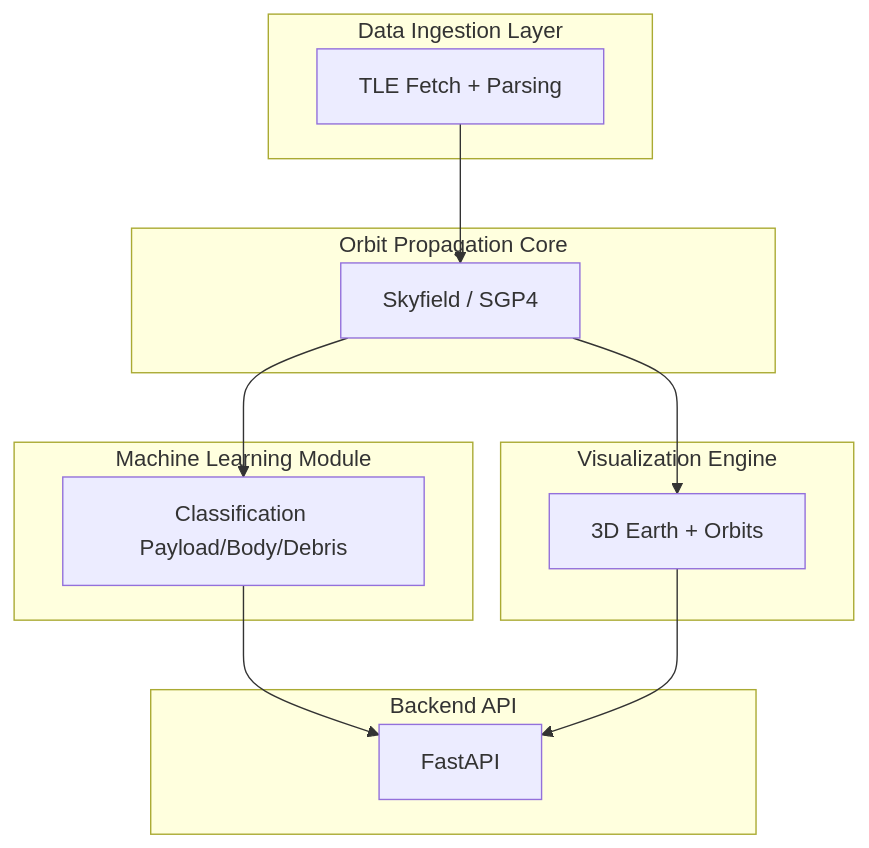
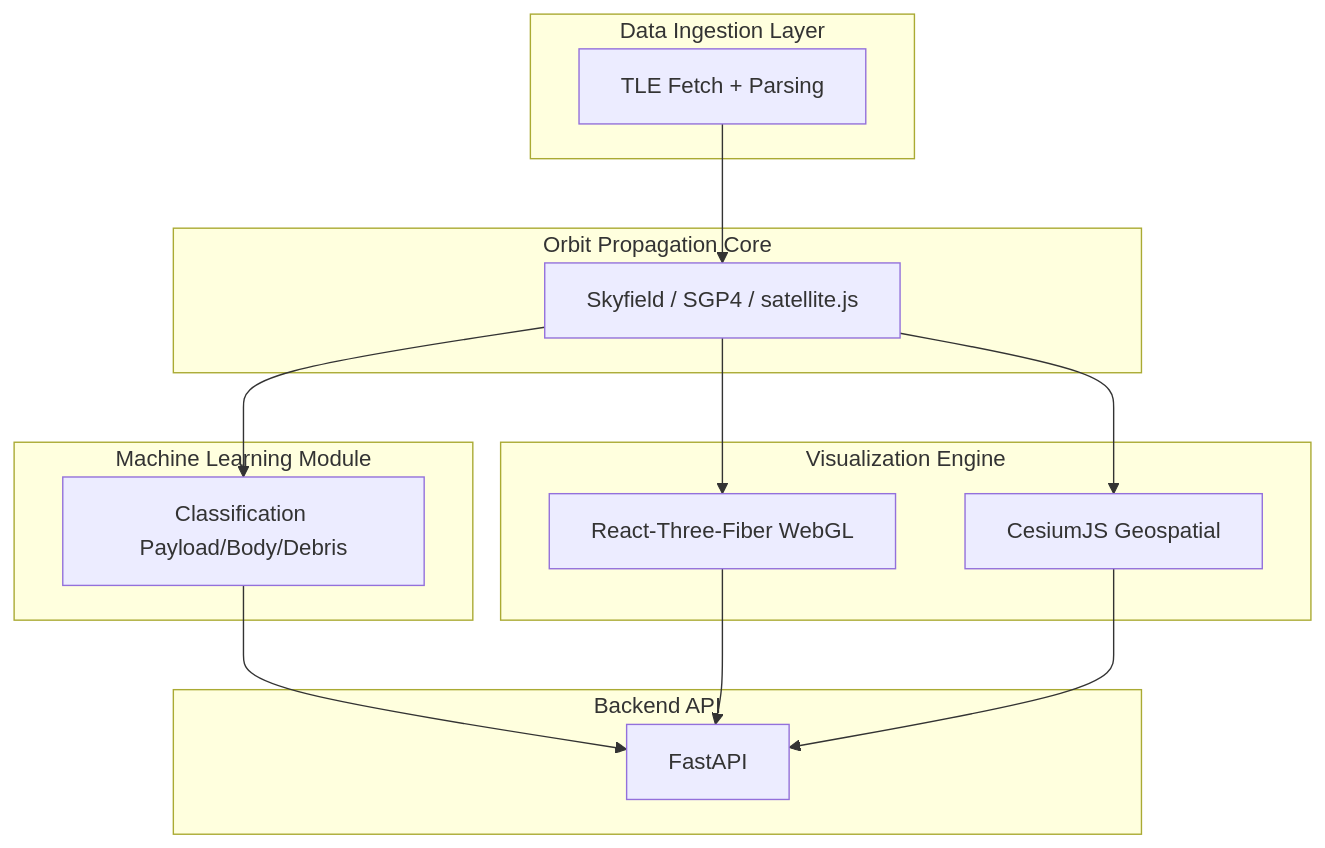
The diagram in README.md (fenilmodi823/space-debris-tracker), drawn with Mermaid before and after one commit. The commit also changed other lines of this file and 5496 other files, not shown here.

Commit message:
build: upgrade architecture to FastAPI backend and Python 3.12, sync dependencies, and fix README diagrams

````diff
--- a/README.md
+++ b/README.md
@@ -69,28 +84,31 @@
 ```mermaid
 graph TD
-    subgraph Data Ingestion Layer
-        A[TLE Fetch + Parsing]
+    subgraph ingestion ["Data Ingestion Layer"]
+        A["TLE Fetch + Parsing"]
     end
 
-    subgraph Orbit Propagation Core
-        B[Skyfield / SGP4]
+    subgraph core ["Orbit Propagation Core"]
+        B["Skyfield / SGP4 / satellite.js"]
     end
 
-    subgraph Machine Learning Module
-        C[Classification Payload/Body/Debris]
+    subgraph ml ["Machine Learning Module"]
+        C["Classification Payload/Body/Debris"]
     end
 
-    subgraph Visualization Engine
-        D[3D Earth + Orbits]
+    subgraph visualization ["Visualization Engine"]
+        D["React-Three-Fiber WebGL"]
+        F["CesiumJS Geospatial"]
     end
 
-    subgraph Backend API
-        E[FastAPI]
+    subgraph backend ["Backend API"]
+        E["FastAPI"]
     end
 
     A --> B
     B --> C
     B --> D
+    B --> F
     C --> E
     D --> E
+    F --> E
 ```
````
